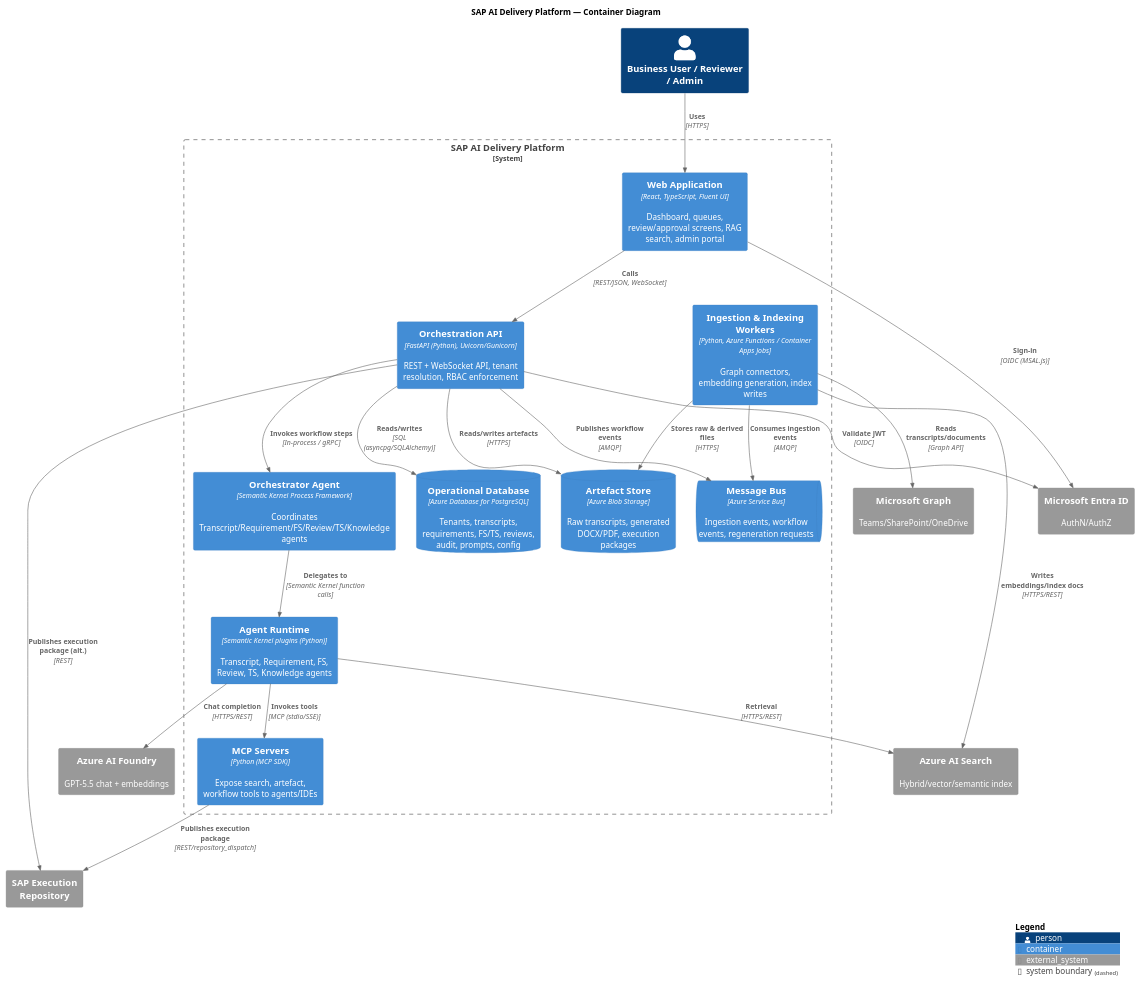
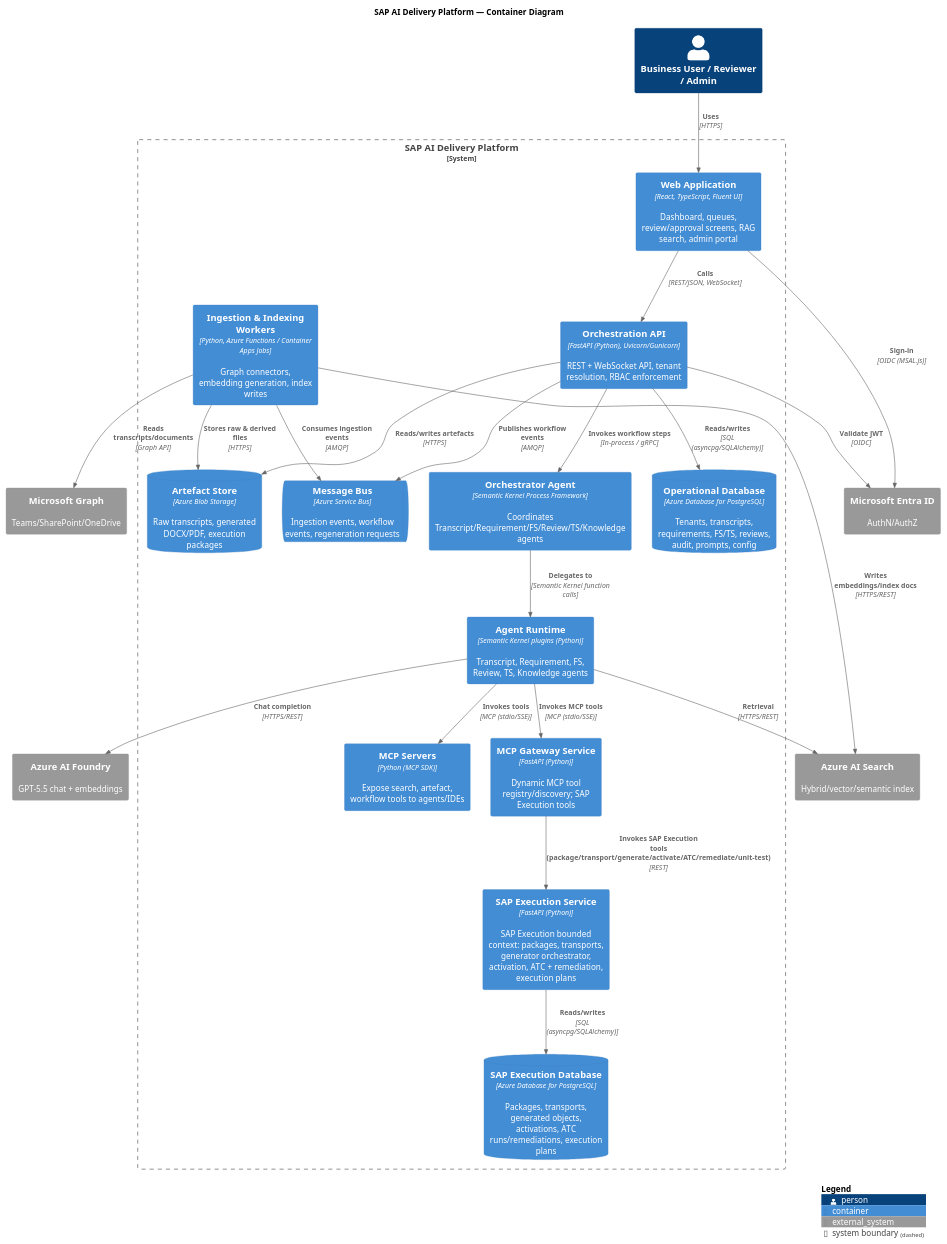
Before and after one commit to Atri-03/My-repo: the diagram in sap-ai-delivery-platform/docs/architecture/diagrams/c4-container.puml, drawn with PlantUML. The commit also changed 53 other files, not shown here.

Commit message:
Update architecture docs to reflect in-repo SAP Execution bounded context; add gap analysis report

```diff
--- a/sap-ai-delivery-platform/docs/architecture/diagrams/c4-container.puml
+++ b/sap-ai-delivery-platform/docs/architecture/diagrams/c4-container.puml
@@ -1,46 +1,49 @@
 @startuml C4-Container
 !include <C4/C4_Container>
 
 title SAP AI Delivery Platform — Container Diagram
 
 Person(user, "Business User / Reviewer / Admin")
 
 System_Boundary(platform, "SAP AI Delivery Platform") {
   Container(spa, "Web Application", "React, TypeScript, Fluent UI", "Dashboard, queues, review/approval screens, RAG search, admin portal")
   Container(api, "Orchestration API", "FastAPI (Python), Uvicorn/Gunicorn", "REST + WebSocket API, tenant resolution, RBAC enforcement")
   Container(orchestrator, "Orchestrator Agent", "Semantic Kernel Process Framework", "Coordinates Transcript/Requirement/FS/Review/TS/Knowledge agents")
   Container(agents, "Agent Runtime", "Semantic Kernel plugins (Python)", "Transcript, Requirement, FS, Review, TS, Knowledge agents")
   Container(mcpsrv, "MCP Servers", "Python (MCP SDK)", "Expose search, artefact, workflow tools to agents/IDEs")
   ContainerDb(pg, "Operational Database", "Azure Database for PostgreSQL", "Tenants, transcripts, requirements, FS/TS, reviews, audit, prompts, config")
   ContainerDb(blob, "Artefact Store", "Azure Blob Storage", "Raw transcripts, generated DOCX/PDF, execution packages")
   Container(worker, "Ingestion & Indexing Workers", "Python, Azure Functions / Container Apps Jobs", "Graph connectors, embedding generation, index writes")
   ContainerQueue(bus, "Message Bus", "Azure Service Bus", "Ingestion events, workflow events, regeneration requests")
+  Container(mcpgw, "MCP Gateway Service", "FastAPI (Python)", "Dynamic MCP tool registry/discovery; SAP Execution tools")
+  Container(sapexec, "SAP Execution Service", "FastAPI (Python)", "SAP Execution bounded context: packages, transports, generator orchestrator, activation, ATC + remediation, execution plans")
+  ContainerDb(sapexecdb, "SAP Execution Database", "Azure Database for PostgreSQL", "Packages, transports, generated objects, activations, ATC runs/remediations, execution plans")
 }
 
 System_Ext(search, "Azure AI Search", "Hybrid/vector/semantic index")
 System_Ext(foundry, "Azure AI Foundry", "GPT-5.5 chat + embeddings")
 System_Ext(entra, "Microsoft Entra ID", "AuthN/AuthZ")
 System_Ext(graph, "Microsoft Graph", "Teams/SharePoint/OneDrive")
-System_Ext(sap_exec_repo, "SAP Execution Repository")
 
 Rel(user, spa, "Uses", "HTTPS")
 Rel(spa, api, "Calls", "REST/JSON, WebSocket")
 Rel(spa, entra, "Sign-in", "OIDC (MSAL.js)")
 Rel(api, entra, "Validate JWT", "OIDC")
 Rel(api, pg, "Reads/writes", "SQL (asyncpg/SQLAlchemy)")
 Rel(api, bus, "Publishes workflow events", "AMQP")
 Rel(api, orchestrator, "Invokes workflow steps", "In-process / gRPC")
 Rel(orchestrator, agents, "Delegates to", "Semantic Kernel function calls")
 Rel(agents, mcpsrv, "Invokes tools", "MCP (stdio/SSE)")
 Rel(agents, foundry, "Chat completion", "HTTPS/REST")
 Rel(agents, search, "Retrieval", "HTTPS/REST")
 Rel(worker, graph, "Reads transcripts/documents", "Graph API")
 Rel(worker, bus, "Consumes ingestion events", "AMQP")
 Rel(worker, search, "Writes embeddings/index docs", "HTTPS/REST")
 Rel(worker, blob, "Stores raw & derived files", "HTTPS")
 Rel(api, blob, "Reads/writes artefacts", "HTTPS")
-Rel(mcpsrv, sap_exec_repo, "Publishes execution package", "REST/repository_dispatch")
-Rel(api, sap_exec_repo, "Publishes execution package (alt.)", "REST")
+Rel(mcpgw, sapexec, "Invokes SAP Execution tools (package/transport/generate/activate/ATC/remediate/unit-test)", "REST")
+Rel(sapexec, sapexecdb, "Reads/writes", "SQL (asyncpg/SQLAlchemy)")
+Rel(agents, mcpgw, "Invokes MCP tools", "MCP (stdio/SSE)")
 
 SHOW_LEGEND()
 @enduml
```
